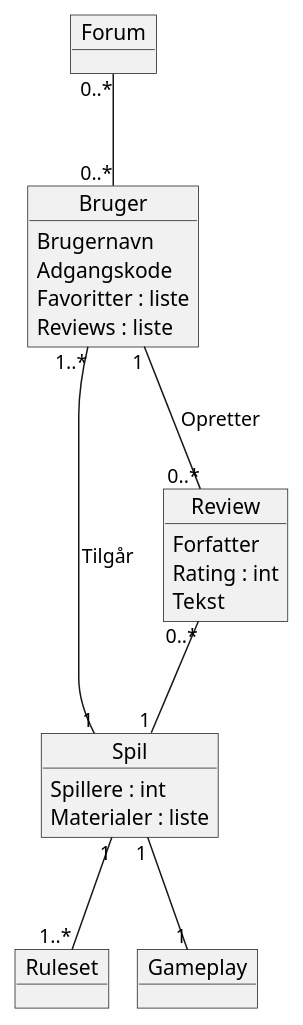
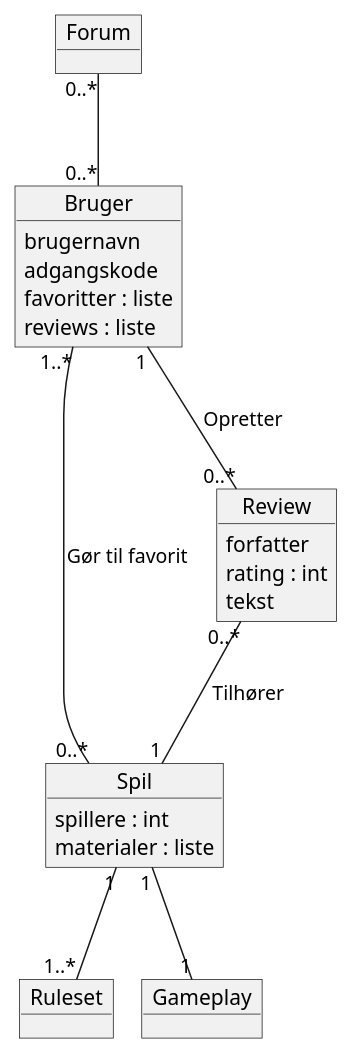
One commit to AlecDH/Party-Games-Pet-Project changed the diagram in doc/Domæne.puml. Above: the diagram before and after it, drawn with PlantUML.

Commit message:
Updated domain model

```diff
--- a/doc/Domæne.puml
+++ b/doc/Domæne.puml
@@ -1,36 +1,36 @@
 @startuml
 !pragma layout smetana
 'https://plantuml.com/sequence-diagram
 
 object Bruger{
-Brugernavn
-Adgangskode
-Favoritter : liste
-Reviews : liste
+brugernavn
+adgangskode
+favoritter : liste
+reviews : liste
 }
 
 object Spil{
-Spillere : int
-Materialer : liste
+spillere : int
+materialer : liste
 }
 
 object Review{
-Forfatter
-Rating : int
-Tekst
+forfatter
+rating : int
+tekst
 }
 
 object Forum
 
 object Ruleset
 
 object Gameplay
 
-Bruger "1..*" --- "1" Spil : Tilgår
-Review "0..*" --- "1" Spil
+Bruger "1..*" --- "0..*" Spil : Gør til favorit
+Review "0..*" --- "1" Spil : Tilhører
 Bruger "1" --- "0..*" Review : Opretter
 Forum "0..*" --- "0..*" Bruger
 Spil "1" --- "1..*" Ruleset
 Spil "1" --- "1" Gameplay
 
 @enduml
```
